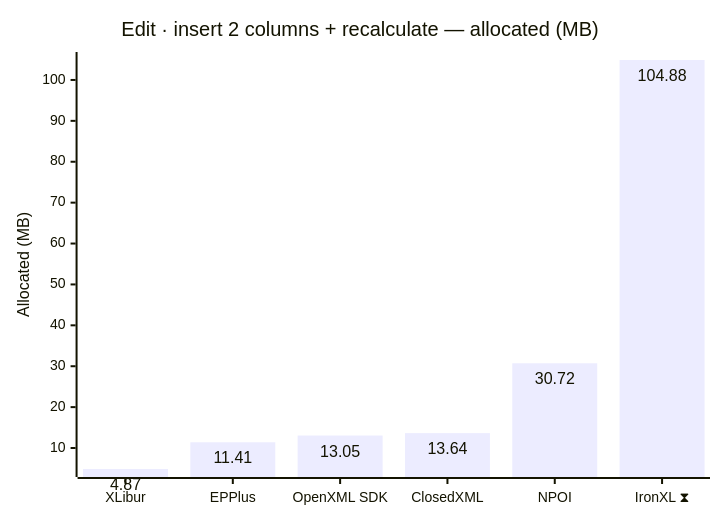
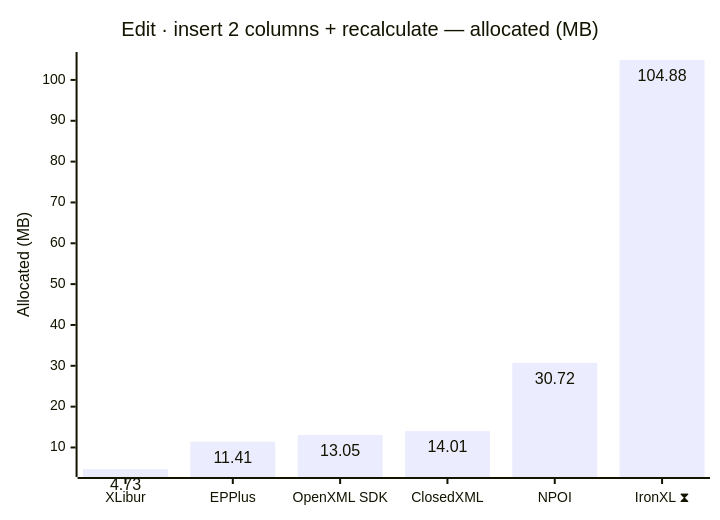
One commit to jafin/XLBench changed diagram 12 of 12 in docs/results.md. Above: the diagram before and after it, drawn with Mermaid. The commit also changed other lines of this file and 2 other files, not shown here.

````diff
--- a/docs/results.md
+++ b/docs/results.md
@@ -182,12 +182,12 @@
 ```mermaid
 ---
 config:
   xyChart:
     showDataLabel: true
 ---
 xychart-beta
     title "Edit · insert 2 columns + recalculate — allocated (MB)"
     x-axis ["XLibur", "EPPlus", "OpenXML SDK", "ClosedXML", "NPOI", "IronXL ⧗"]
     y-axis "Allocated (MB)"
-    bar [4.87, 11.41, 13.05, 13.64, 30.72, 104.88]
+    bar [4.73, 11.41, 13.05, 14.01, 30.72, 104.88]
 ```
````
